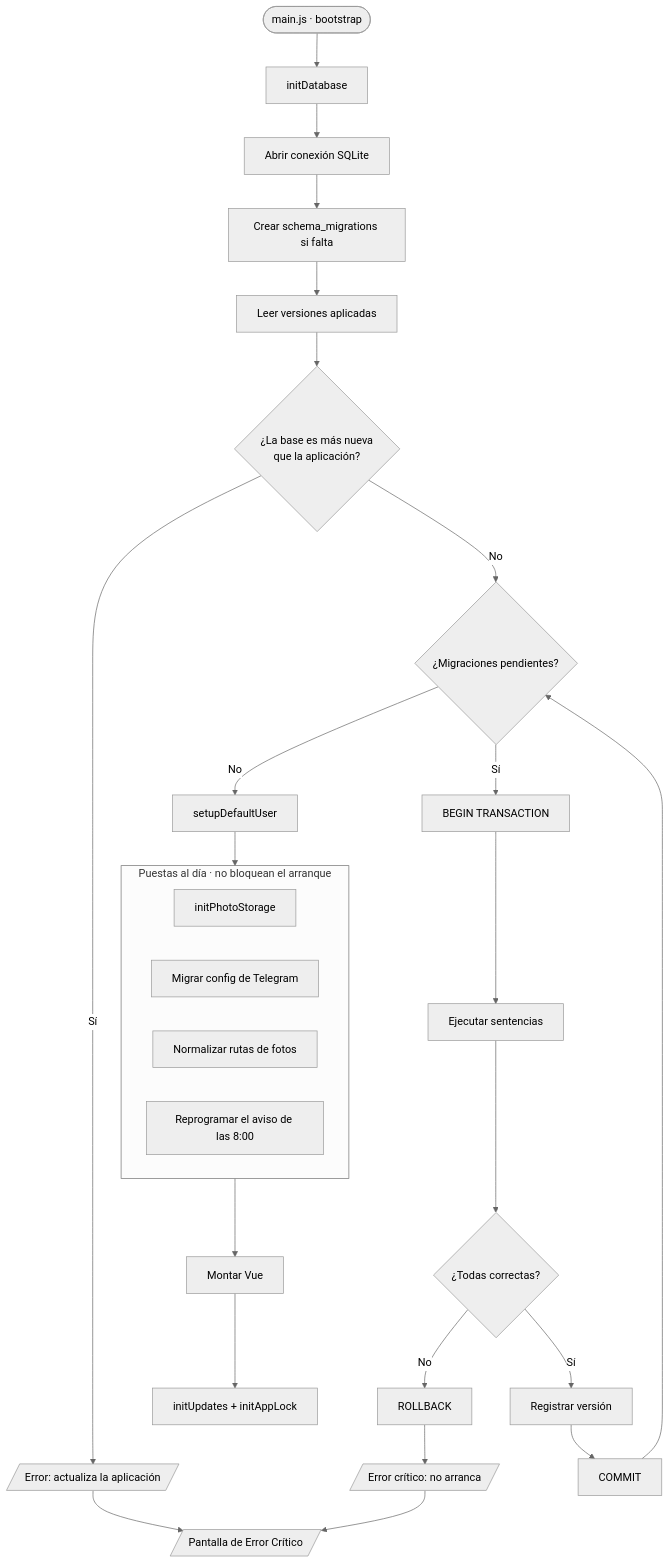
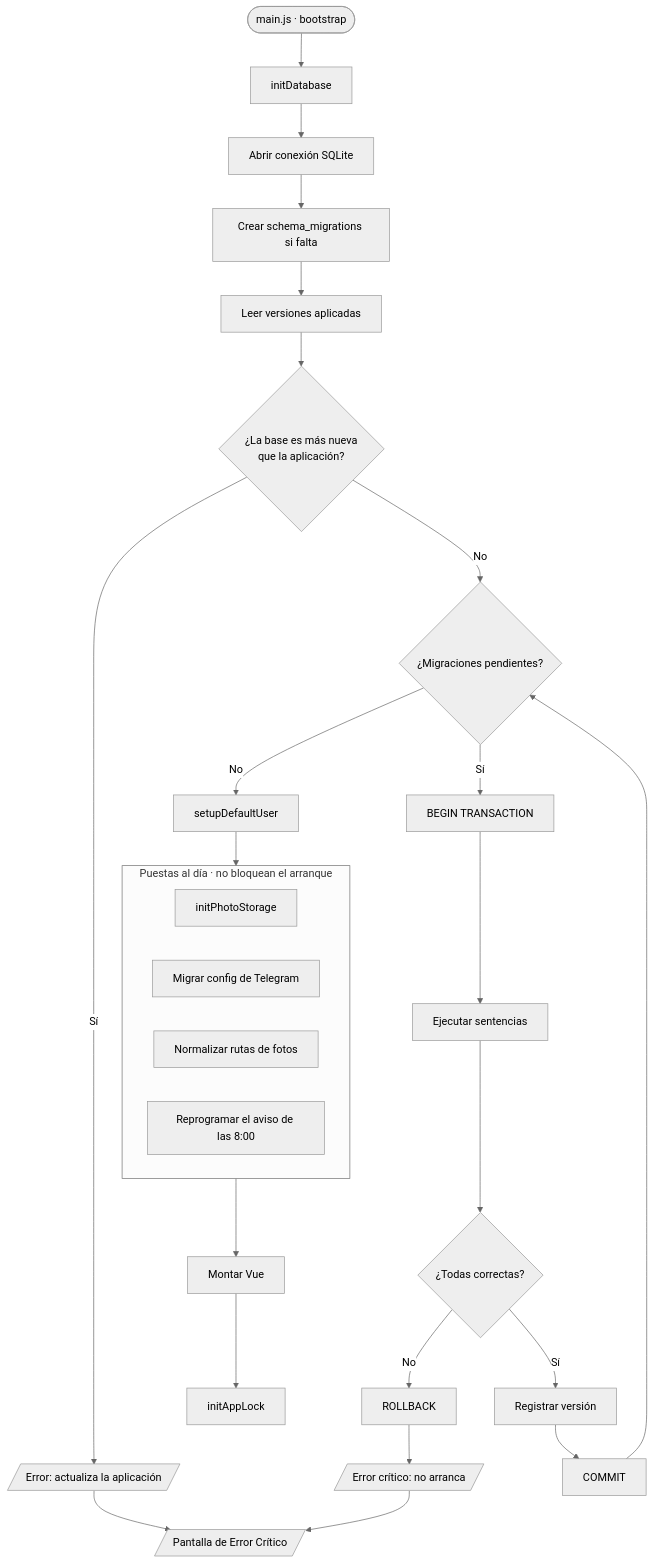
Before and after one commit to Aryannext/Costura-app: the second of 3 diagrams in docs/02-diseno/ARQUITECTURA.md, drawn with Mermaid. The commit also changed other lines of this file and 24 other files, not shown here.

````diff
--- a/docs/02-diseno/ARQUITECTURA.md
+++ b/docs/02-diseno/ARQUITECTURA.md
@@ -165,33 +163,33 @@
 ```mermaid
 %%{init: {'theme': 'neutral'}}%%
 flowchart TD
     Start([main.js · bootstrap]) --> Init[initDatabase]
     Init --> Conn[Abrir conexión SQLite]
     Conn --> Tabla[Crear schema_migrations si falta]
     Tabla --> Leer[Leer versiones aplicadas]
 
     Leer --> Guardia{¿La base es más nueva<br/>que la aplicación?}
     Guardia -- Sí --> Bloqueo[/Error: actualiza la aplicación/]
     Guardia -- No --> Pend{¿Migraciones pendientes?}
 
     Pend -- No --> Usuario
     Pend -- Sí --> Trans[BEGIN TRANSACTION]
     Trans --> Ejec[Ejecutar sentencias]
     Ejec --> Ok{¿Todas correctas?}
     Ok -- No --> Roll[ROLLBACK] --> Falla[/Error crítico: no arranca/]
     Ok -- Sí --> Reg[Registrar versión] --> Commit[COMMIT] --> Pend
 
     Usuario[setupDefaultUser] --> Mant
 
     subgraph Mant ["Puestas al día · no bloquean el arranque"]
         M1[initPhotoStorage]
         M2[Migrar config de Telegram]
         M3[Normalizar rutas de fotos]
         M4[Reprogramar el aviso de las 8:00]
     end
 
-    Mant --> Mount[Montar Vue] --> OTA[initUpdates + initAppLock]
+    Mant --> Mount[Montar Vue] --> Bloqueo2[initAppLock]
 
     Bloqueo --> Pantalla[/Pantalla de Error Crítico/]
     Falla --> Pantalla
 ```
````
